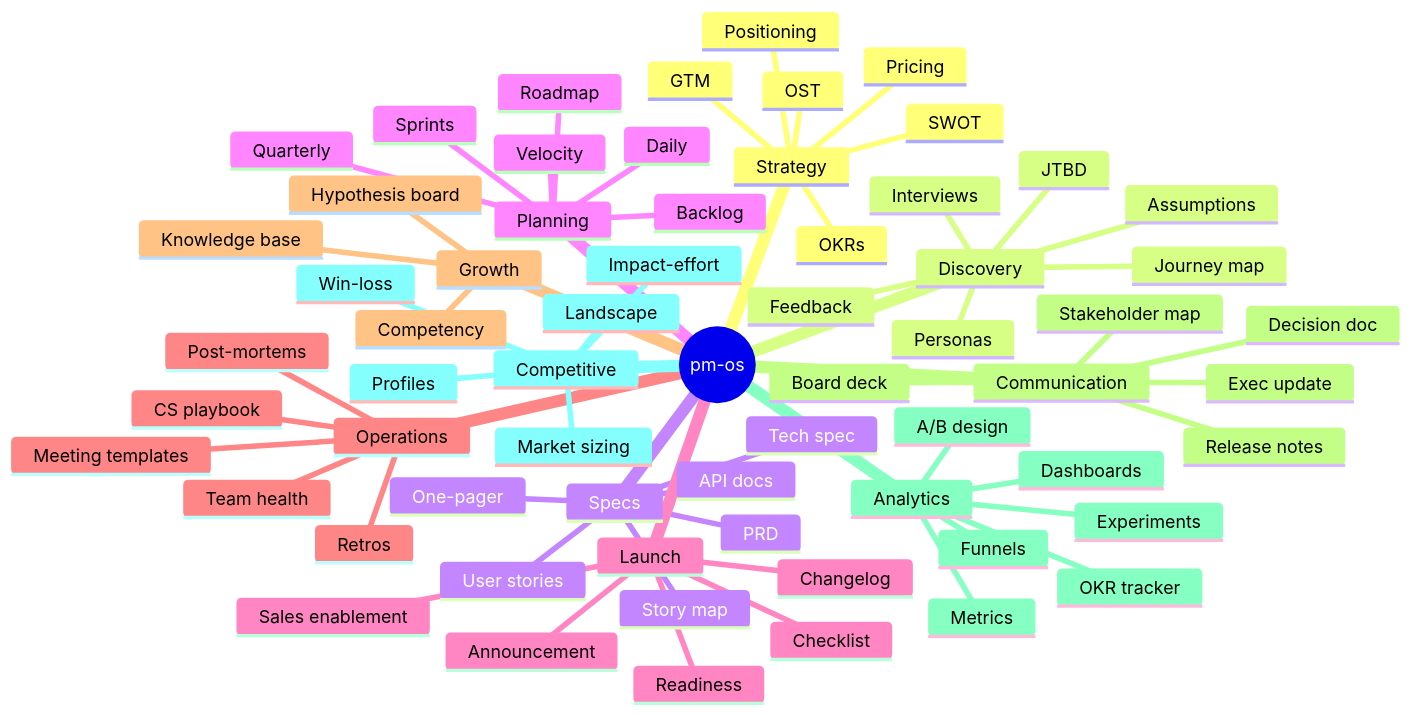
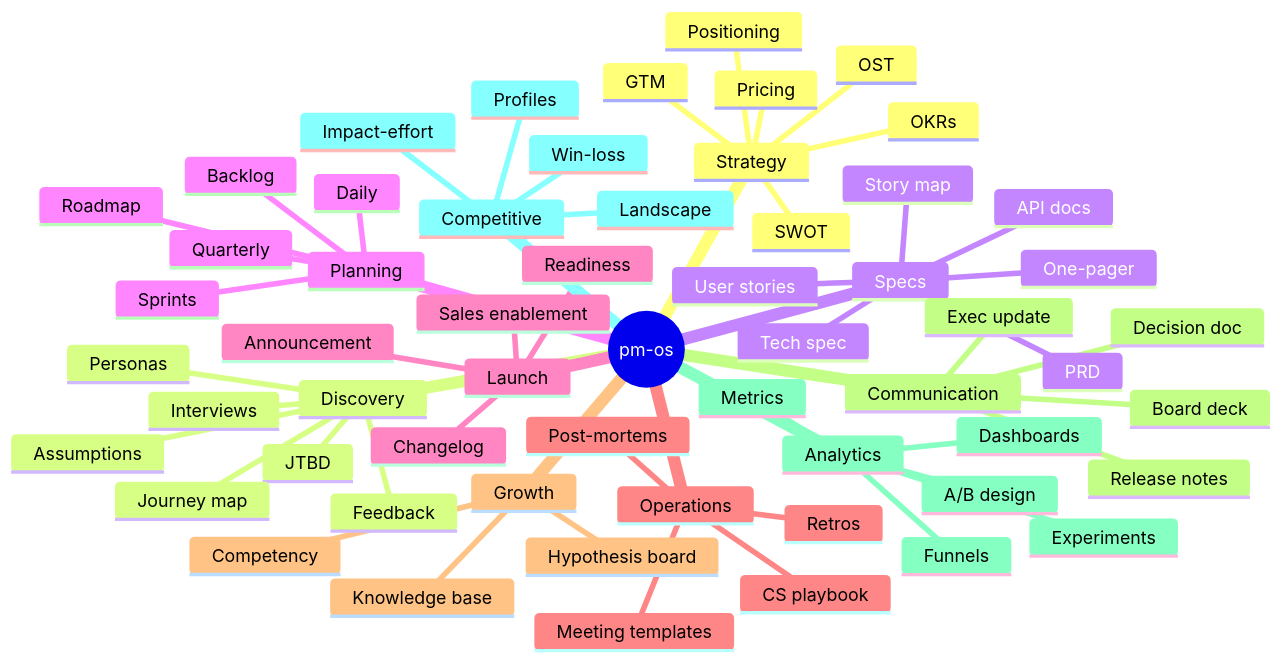
Before and after one commit to avinashgaurav/pm-os: the first of 2 diagrams in README.md, drawn with Mermaid. The commit also changed other lines of this file, not shown here.

````diff
--- a/README.md
+++ b/README.md
@@ -41,67 +32,61 @@
 ```mermaid
 mindmap
   root((pm-os))
     Strategy
       OKRs
       Positioning
       GTM
       SWOT
       OST
       Pricing
     Discovery
       Interviews
       Personas
       JTBD
       Journey map
       Feedback
       Assumptions
     Specs
       PRD
       One-pager
       User stories
       Tech spec
       API docs
       Story map
     Planning
       Roadmap
       Backlog
       Sprints
       Quarterly
       Daily
-      Velocity
     Launch
       Readiness
       Announcement
       Changelog
       Sales enablement
-      Checklist
     Operations
       Retros
       Post-mortems
       CS playbook
       Meeting templates
-      Team health
     Growth
       Competency
       Hypothesis board
       Knowledge base
     Communication
       Exec update
       Board deck
       Decision doc
       Release notes
-      Stakeholder map
     Analytics
       Metrics
       Dashboards
       Funnels
       A/B design
       Experiments
-      OKR tracker
     Competitive
       Landscape
       Profiles
       Win-loss
       Impact-effort
-      Market sizing
 ```
````
